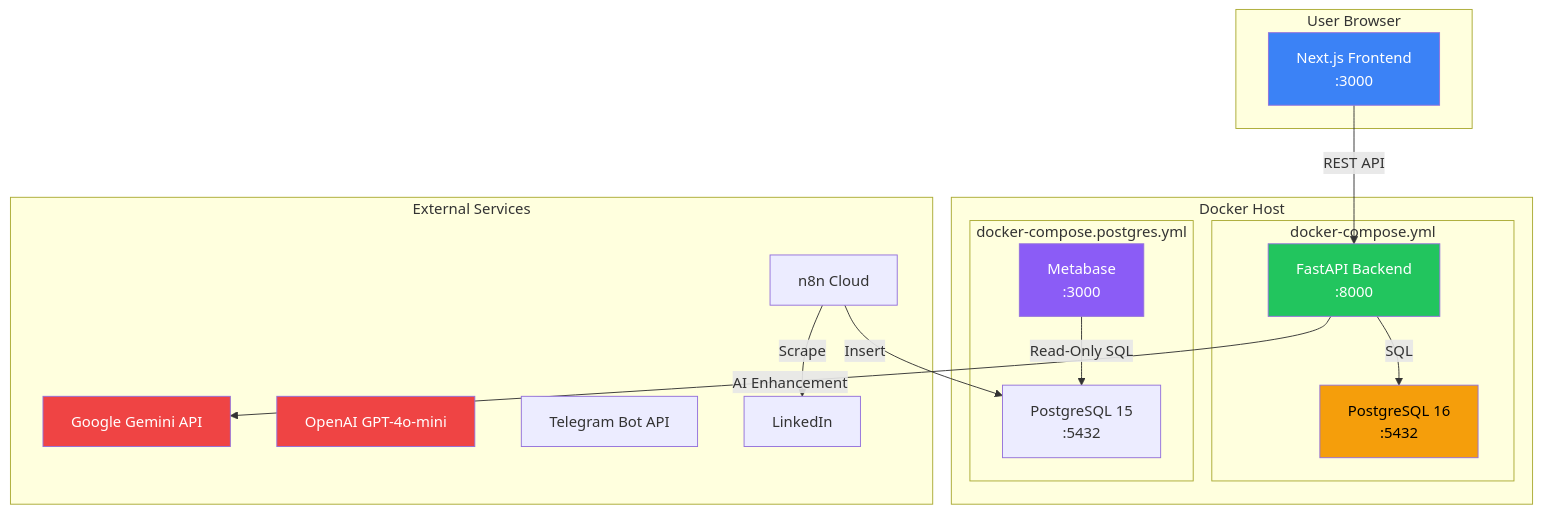
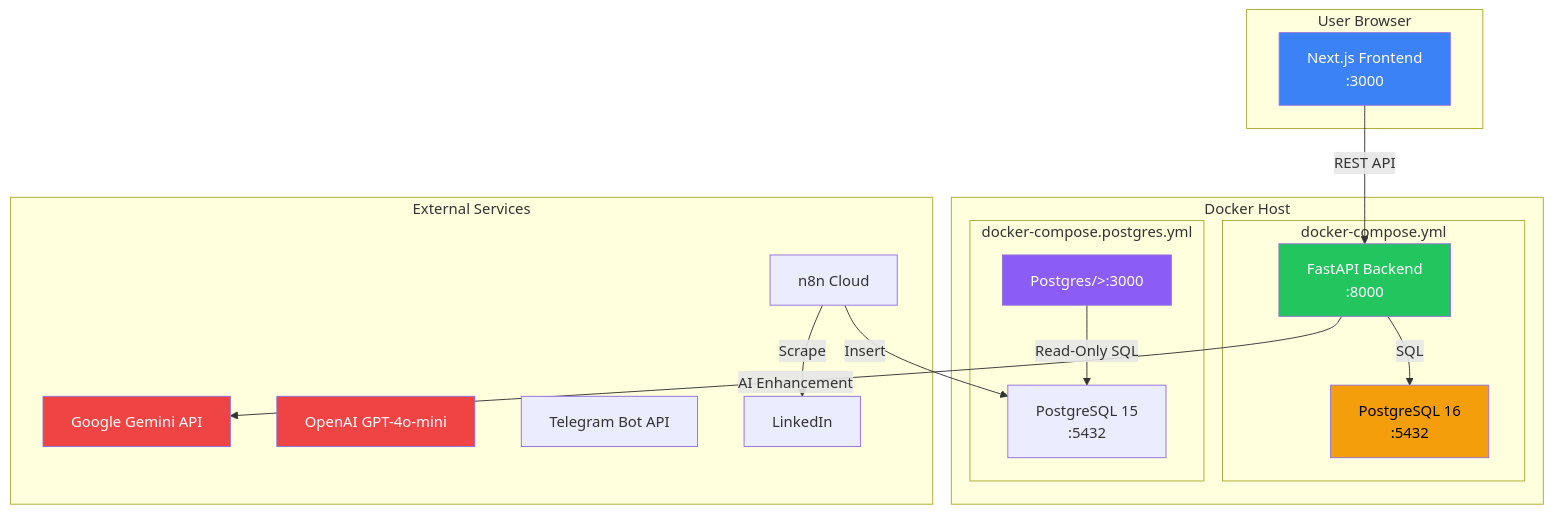
Before and after one commit to manoelbenicio/AI_Matching_Job: the diagram in docs/OPERATIONS_GUIDE.md, drawn with Mermaid. The commit also changed 70 other files, not shown here.

````diff
--- a/docs/OPERATIONS_GUIDE.md
+++ b/docs/OPERATIONS_GUIDE.md
@@ -28,40 +28,40 @@
 ```mermaid
 graph TB
     subgraph "User Browser"
         FE["Next.js Frontend<br/>:3000"]
     end
 
     subgraph "Docker Host"
         subgraph "docker-compose.yml"
             BE["FastAPI Backend<br/>:8000"]
             DB["PostgreSQL 16<br/>:5432"]
         end
         
         subgraph "docker-compose.postgres.yml"
             DB_LEGACY["PostgreSQL 15<br/>:5432"]
-            MB["Metabase<br/>:3000"]
+            MB["Postgres/>:3000"]
         end
     end
 
     subgraph "External Services"
         GEMINI["Google Gemini API"]
         OPENAI["OpenAI GPT-4o-mini"]
         TELEGRAM["Telegram Bot API"]
         N8N["n8n Cloud"]
         LINKEDIN["LinkedIn"]
     end
 
     FE -->|"REST API"| BE
     BE -->|"SQL"| DB
     BE -->|"AI Enhancement"| GEMINI
     MB -->|"Read-Only SQL"| DB_LEGACY
     N8N -->|"Scrape"| LINKEDIN
     N8N -->|"Insert"| DB_LEGACY
 
     style FE fill:#3b82f6,color:#fff
     style BE fill:#22c55e,color:#fff
     style DB fill:#f59e0b,color:#000
     style MB fill:#8b5cf6,color:#fff
     style GEMINI fill:#ef4444,color:#fff
     style OPENAI fill:#ef4444,color:#fff
 ```
````
